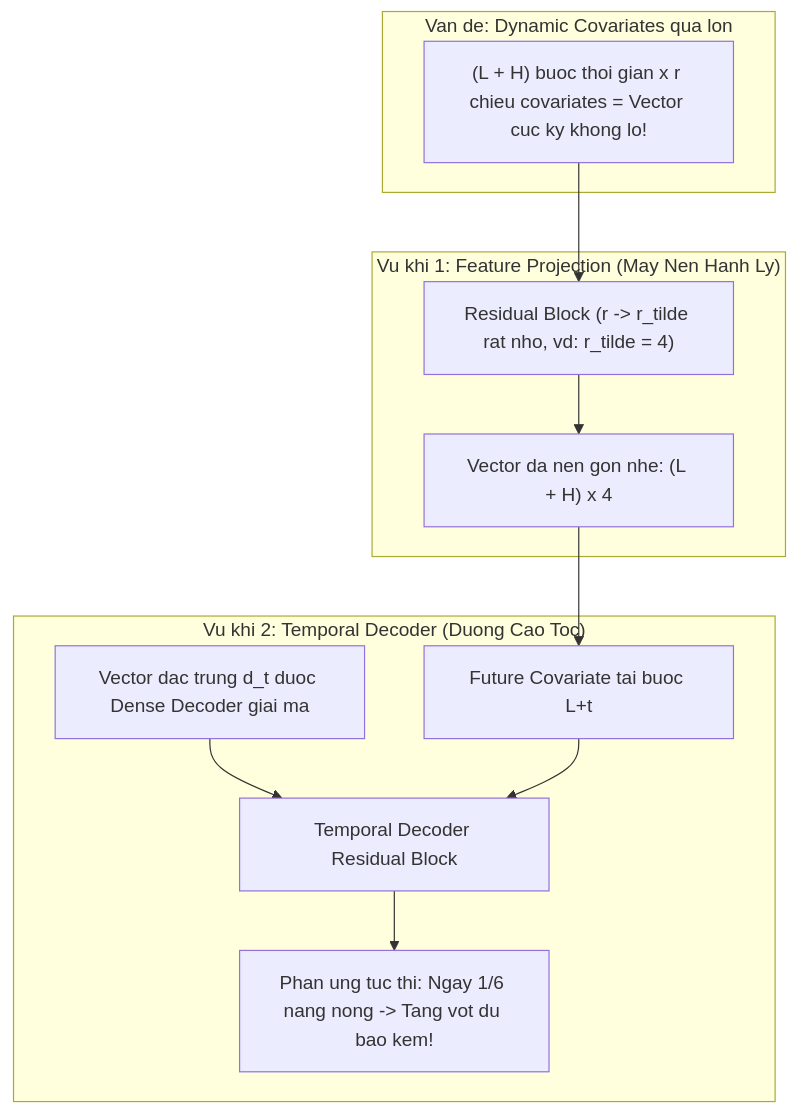
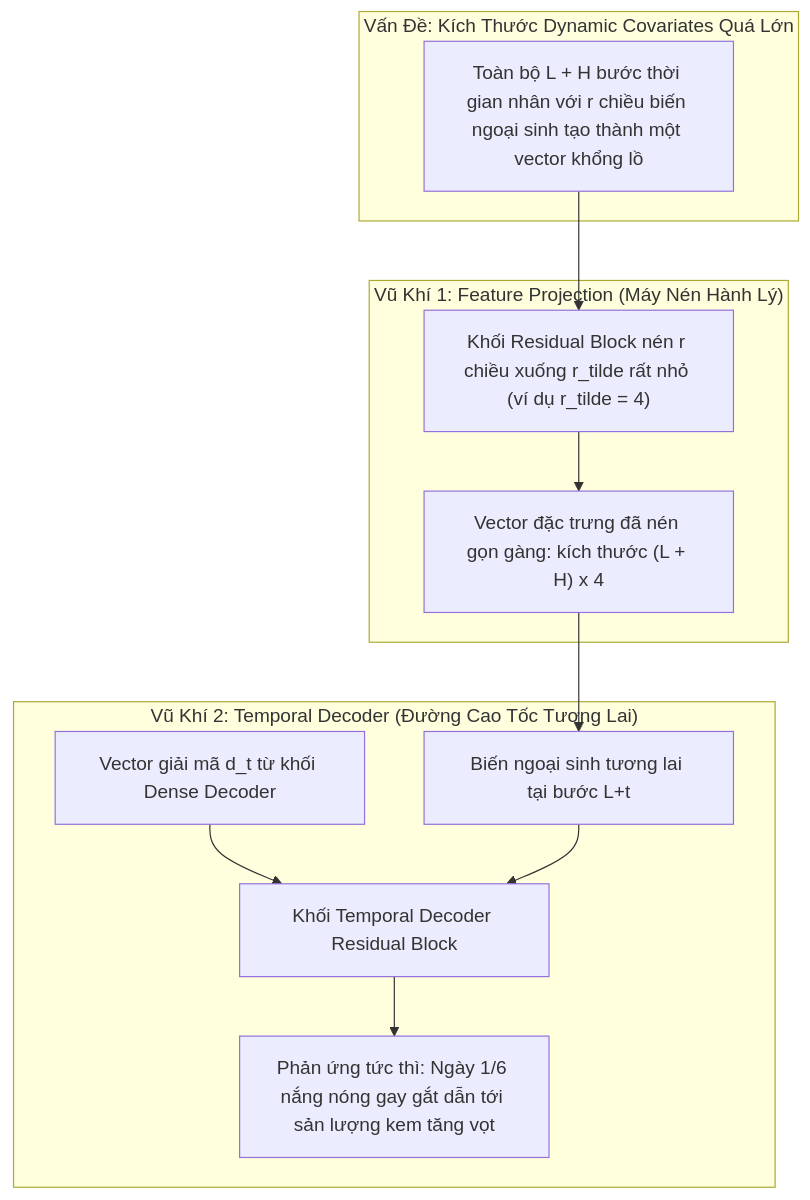
Before and after one commit to snowflake-vibing/Project-Experimental-TiDE: the third of 3 diagrams in glossary/dynamic_covariates.md, drawn with Mermaid. The commit also changed other lines of this file and 4 other files, not shown here.

Commit message:
docs: add glossary/RULE.md, ensure 100% accented Vietnamese in all Mermaid diagrams and Feynman glossary

````diff
--- a/glossary/dynamic_covariates.md
+++ b/glossary/dynamic_covariates.md
@@ -109,18 +109,19 @@
 ```mermaid
 flowchart TD
-    subgraph Problem ["Van de: Dynamic Covariates qua lon"]
-        RawX["(L + H) buoc thoi gian x r chieu covariates = Vector cuc ky khong lo!"]
+    subgraph Problem ["Vấn Đề: Kích Thước Dynamic Covariates Quá Lớn"]
+        RawX["Toàn bộ L + H bước thời gian nhân với r chiều biến ngoại sinh tạo thành một vector khổng lồ"]
     end
 
-    subgraph Solution1 ["Vu khi 1: Feature Projection (May Nen Hanh Ly)"]
-        RawX --> FP["Residual Block (r -> r_tilde rat nho, vd: r_tilde = 4)"]
-        FP --> CompressedX["Vector da nen gon nhe: (L + H) x 4"]
+    subgraph Solution1 ["Vũ Khí 1: Feature Projection (Máy Nén Hành Lý)"]
+        RawX --> FP["Khối Residual Block nén r chiều xuống r_tilde rất nhỏ (ví dụ r_tilde = 4)"]
+        FP --> CompressedX["Vector đặc trưng đã nén gọn gàng: kích thước (L + H) x 4"]
     end
 
-    subgraph Solution2 ["Vu khi 2: Temporal Decoder (Duong Cao Toc)"]
-        CompressedX --> Highway["Future Covariate tai buoc L+t"]
-        DecLatent["Vector dac trung d_t duoc Dense Decoder giai ma"]
-        DecLatent & Highway --> TempDec["Temporal Decoder Residual Block"]
-        TempDec --> InstantReaction["Phan ung tuc thi: Ngay 1/6 nang nong -> Tang vot du bao kem!"]
+    subgraph Solution2 ["Vũ Khí 2: Temporal Decoder (Đường Cao Tốc Tương Lai)"]
+        CompressedX --> Highway["Biến ngoại sinh tương lai tại bước L+t"]
+        DecLatent["Vector giải mã d_t từ khối Dense Decoder"]
+        DecLatent --> TempDec["Khối Temporal Decoder Residual Block"]
+        Highway --> TempDec
+        TempDec --> InstantReaction["Phản ứng tức thì: Ngày 1/6 nắng nóng gay gắt dẫn tới sản lượng kem tăng vọt"]
     end
 ```
````
